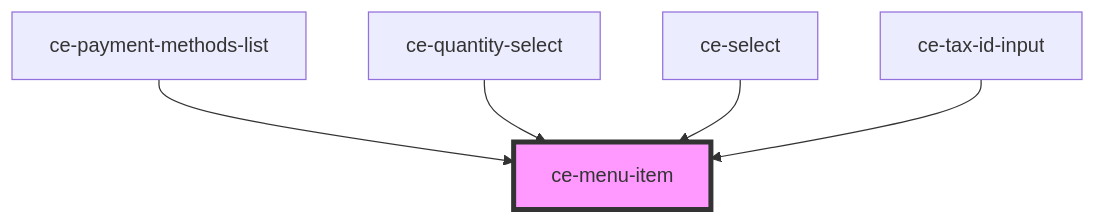
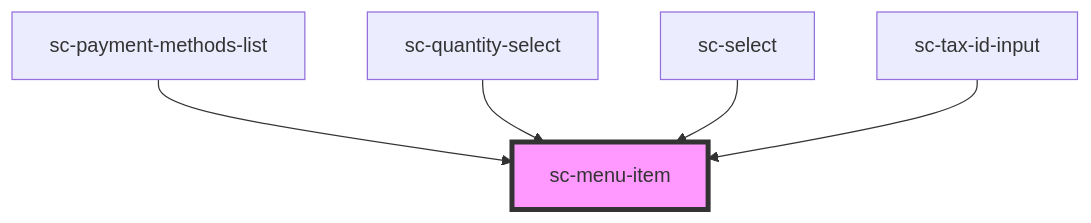
One commit to surecart/surecart-wp-plugin changed the diagram in packages/components/src/components/ui/menu-item/readme.md. Above: the diagram before and after it, drawn with Mermaid. The commit also changed other lines of this file and 1281 other files, not shown here.

````diff
--- a/packages/components/src/components/ui/menu-item/readme.md
+++ b/packages/components/src/components/ui/menu-item/readme.md
@@ -60,8 +60,8 @@
 ```mermaid
 graph TD;
-  ce-payment-methods-list --> ce-menu-item
-  ce-quantity-select --> ce-menu-item
-  ce-select --> ce-menu-item
-  ce-tax-id-input --> ce-menu-item
-  style ce-menu-item fill:#f9f,stroke:#333,stroke-width:4px
+  sc-payment-methods-list --> sc-menu-item
+  sc-quantity-select --> sc-menu-item
+  sc-select --> sc-menu-item
+  sc-tax-id-input --> sc-menu-item
+  style sc-menu-item fill:#f9f,stroke:#333,stroke-width:4px
 ```
````
